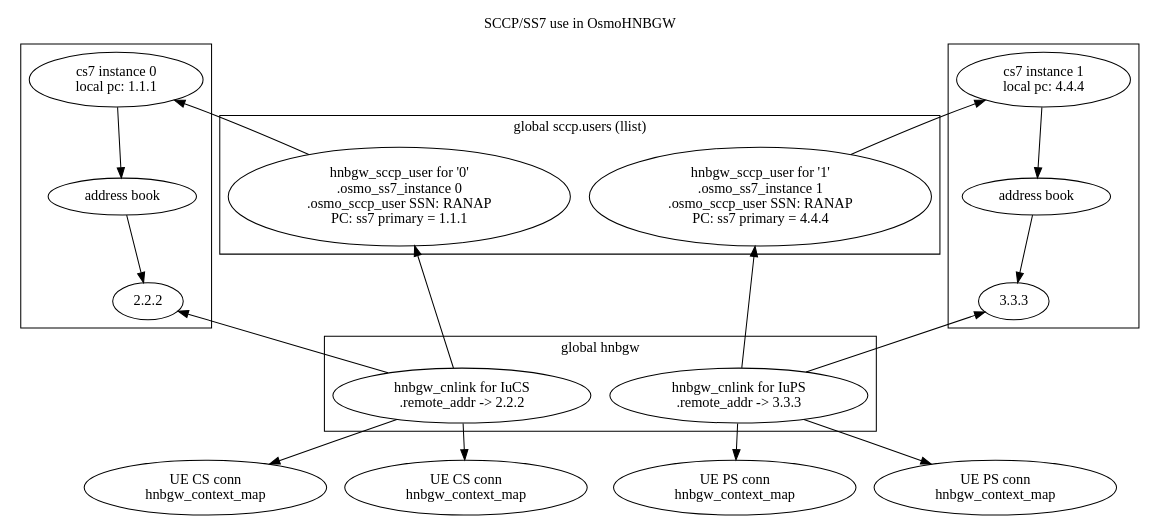
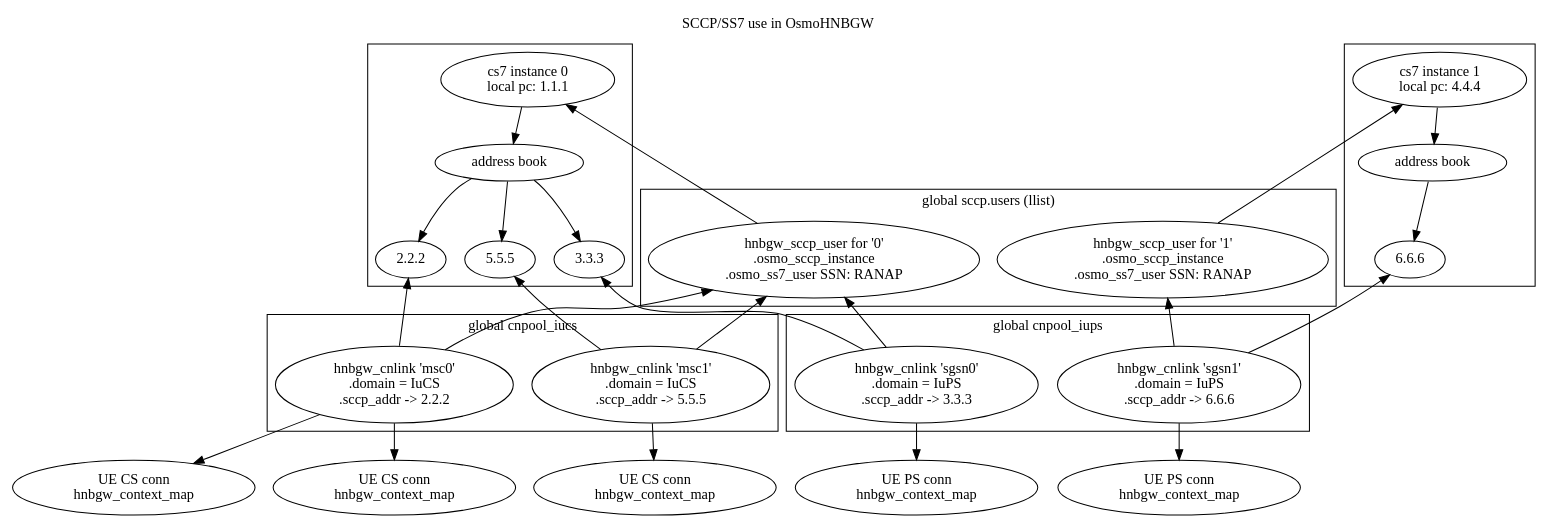
The diagram in doc/charts/sccp.dot (osmocom/osmo-hnbgw), drawn with Graphviz before and after one commit. The commit also changed 13 other files, not shown here.

First line of the commit message:
cnpool: add multiple 'msc' and 'sgsn' cfg (use only the first)

```diff
--- a/doc/charts/sccp.dot
+++ b/doc/charts/sccp.dot
@@ -1,58 +1,78 @@
 digraph G {
 rankdir=TB
 labelloc=t; label="SCCP/SS7 use in OsmoHNBGW"
 
 	subgraph cluster_ss0 {
 		label=""
 		ss0 [label="cs7 instance 0\n local pc: 1.1.1"]
 		ss0ab [label="address book"]
 		ss0 -> ss0ab
 
 		msc0a [label="2.2.2"]
-		ss0ab -> msc0a
+		sgsn0a [label="3.3.3"]
+		msc1a [label="5.5.5"]
+		ss0ab -> msc0a,sgsn0a,msc1a
 	}
 
-	sccp0 [label="hnbgw_sccp_user for '0'\n .osmo_ss7_instance 0\n .osmo_sccp_user SSN: RANAP\n PC: ss7 primary = 1.1.1"];
+	sccp0 [label="hnbgw_sccp_user for '0'\n .osmo_sccp_instance\n .osmo_ss7_user SSN: RANAP"];
 	ss0 -> sccp0 [dir=back]
 
-	msc0 [label="hnbgw_cnlink for IuCS\n .remote_addr -> 2.2.2"]
+	msc0 [label="hnbgw_cnlink 'msc0'\n .domain = IuCS\n .sccp_addr -> 2.2.2"]
 	sccp0 -> msc0 [dir=back]
 	msc0a -> msc0 [dir=back]
 
 	cs0 [label="UE CS conn\n hnbgw_context_map"]
 	cs1 [label="UE CS conn\n hnbgw_context_map"]
 	msc0 -> cs0,cs1
 
+	sgsn0 [label="hnbgw_cnlink 'sgsn0'\n .domain = IuPS\n .sccp_addr -> 3.3.3"]
+	sccp0 -> sgsn0 [dir=back]
+	sgsn0a -> sgsn0 [dir=back]
+
+	ps0 [label="UE PS conn\n hnbgw_context_map"]
+	sgsn0 -> ps0
+
 	subgraph cluster_ss1 {
 		label=""
 		ss1 [label="cs7 instance 1\n local pc: 4.4.4"]
 		ss1ab [label="address book"]
 		ss1 -> ss1ab
 
-		sgsn0a [label="3.3.3"]
-		ss1ab -> sgsn0a
+		sgsn1a [label="6.6.6"]
+		ss1ab -> sgsn1a
 	}
 
-	sccp1 [label="hnbgw_sccp_user for '1'\n .osmo_ss7_instance 1\n .osmo_sccp_user SSN: RANAP\n PC: ss7 primary = 4.4.4"];
+	sccp1 [label="hnbgw_sccp_user for '1'\n .osmo_sccp_instance\n .osmo_ss7_user SSN: RANAP"];
 	ss1 -> sccp1 [dir=back]
 
-	sgsn0 [label="hnbgw_cnlink for IuPS\n .remote_addr -> 3.3.3"]
-	sccp1 -> sgsn0 [dir=back]
-	sgsn0a -> sgsn0 [dir=back]
+	msc1 [label="hnbgw_cnlink 'msc1'\n .domain = IuCS\n .sccp_addr -> 5.5.5"]
+	sccp0 -> msc1 [dir=back]
+	msc1a -> msc1 [dir=back]
 
-	ps0 [label="UE PS conn\n hnbgw_context_map"]
-	ps1 [label="UE PS conn\n hnbgw_context_map"]
-	sgsn0 -> ps0,ps1
+	cs2 [label="UE CS conn\n hnbgw_context_map"]
+	msc1 -> cs2
+
+	sgsn1 [label="hnbgw_cnlink 'sgsn1'\n .domain = IuPS\n .sccp_addr -> 6.6.6"]
+	sccp1 -> sgsn1 [dir=back]
+	sgsn1a -> sgsn1 [dir=back]
+
+	ps2 [label="UE PS conn\n hnbgw_context_map"]
+	sgsn1 -> ps2
 
 	subgraph cluster_sccp_inst {
 		label="global sccp.users (llist)"
 		sccp0
 		sccp1
 	}
 
-	subgraph cluster_hnbgw {
-		label="global hnbgw"
+	subgraph cluster_cnpool_iucs {
+		label="global cnpool_iucs"
 		msc0
+		msc1
+	}
+	subgraph cluster_cnpool_iups {
+		label="global cnpool_iups"
 		sgsn0
+		sgsn1
 	}
 }
```
